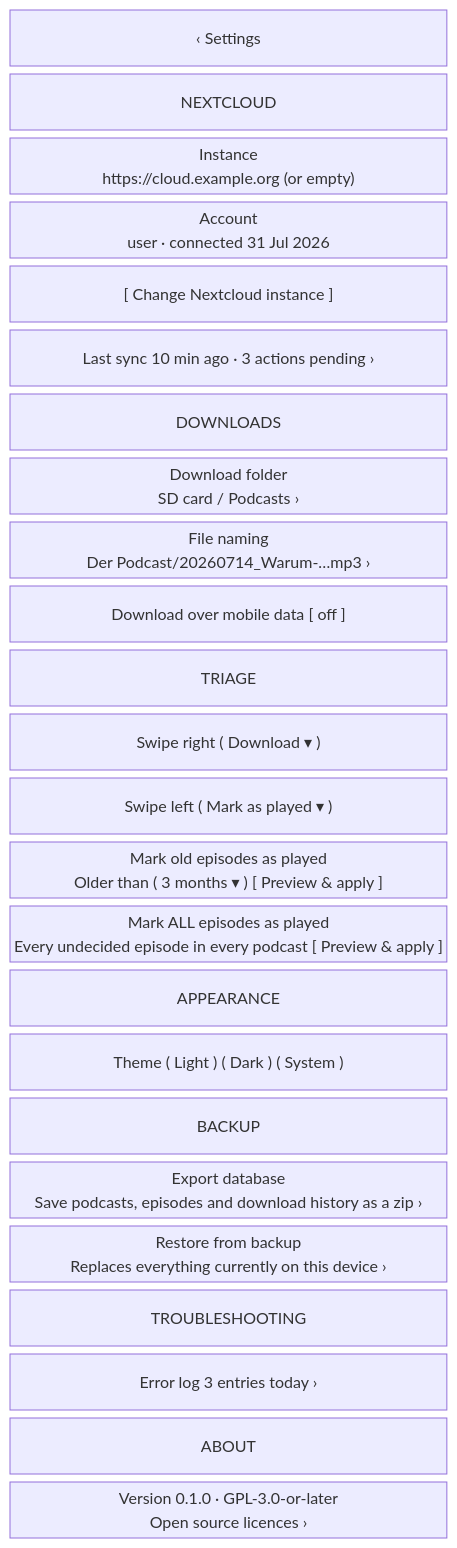
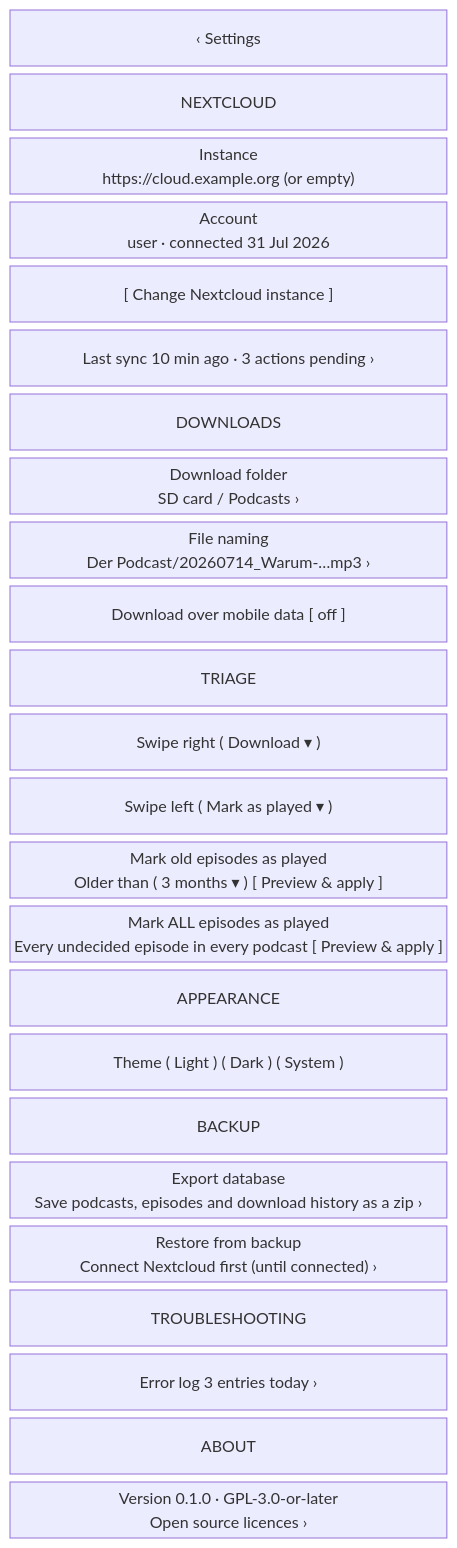
The sixth of 13 diagrams in docs/UI.md (drehtuer/podsilo), drawn with Mermaid before and after one commit. The commit also changed other lines of this file and 17 other files, not shown here.

````diff
--- a/docs/UI.md
+++ b/docs/UI.md
@@ -383,28 +383,28 @@
 ```mermaid
 block-beta
   columns 1
   bar["‹  Settings"]
   g1["NEXTCLOUD"]
   r1["Instance\nhttps://cloud.example.org        (or empty)"]
   r2["Account\nuser · connected 31 Jul 2026"]
   r3["[ Change Nextcloud instance ]"]
   r4["Last sync   10 min ago · 3 actions pending      ›"]
   g2["DOWNLOADS"]
   r5["Download folder\nSD card / Podcasts                 ›"]
   r6["File naming\nDer Podcast/20260714_Warum-…mp3    ›"]
   r7["Download over mobile data          [ off ]"]
   g3["TRIAGE"]
   r8["Swipe right    ( Download ▾ )"]
   r9["Swipe left     ( Mark as played ▾ )"]
   r10["Mark old episodes as played\nOlder than ( 3 months ▾ )      [ Preview & apply ]"]
   r11["Mark ALL episodes as played\nEvery undecided episode in every podcast  [ Preview & apply ]"]
   g4["APPEARANCE"]
   r12["Theme    ( Light )  ( Dark )  ( System )"]
   g5["BACKUP"]
   r13["Export database\nSave podcasts, episodes and download history as a zip   ›"]
-  r14["Restore from backup\nReplaces everything currently on this device           ›"]
+  r14["Restore from backup\nConnect Nextcloud first  (until connected)                ›"]
   g6["TROUBLESHOOTING"]
   r15["Error log            3 entries today    ›"]
   g7["ABOUT"]
   r16["Version 0.1.0 · GPL-3.0-or-later\nOpen source licences               ›"]
 ```
````
